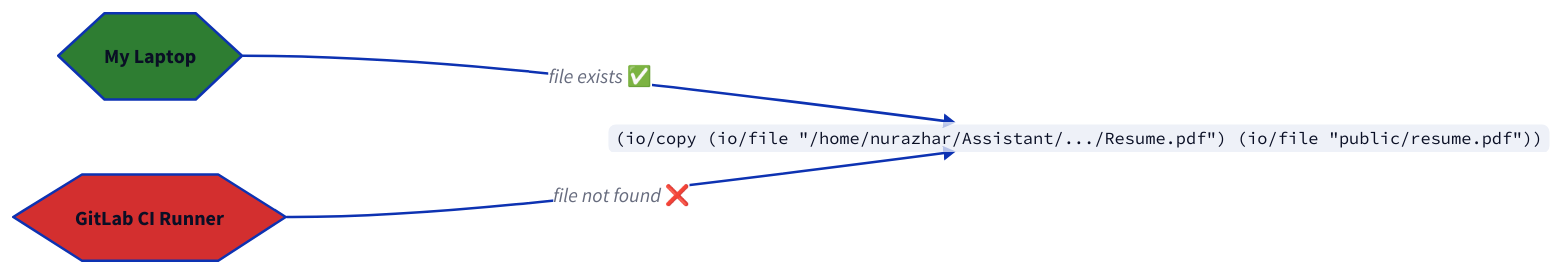
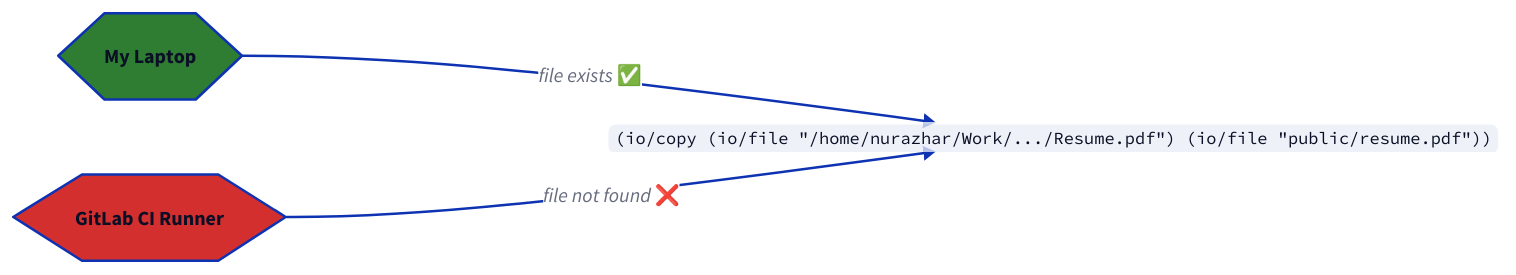
One commit to nurazhardotcom/blog.nurazhar.com changed the first of 8 diagrams in debugging-gitlab-pages-ci-cd-https-domain.md. Above: the diagram before and after it, drawn with D2. The commit also changed other lines of this file and 2 other files, not shown here.

Commit message:
docs: commit local working state (agent notes, g-force shift, gitlab pages debugging)

````diff
--- a/debugging-gitlab-pages-ci-cd-https-domain.md
+++ b/debugging-gitlab-pages-ci-cd-https-domain.md
@@ -21,22 +21,22 @@
 ```d2
 direction: right
 dev: dev.clj:235 {
   shape: code
   style.font: mono
   label: |md
-    `(io/copy (io/file "/home/nurazhar/Assistant/.../Resume.pdf")
+    `(io/copy (io/file "/home/nurazhar/Work/.../Resume.pdf")
               (io/file "public/resume.pdf"))`
   |
 }
 CI: GitLab CI Runner {
   shape: hexagon
   style.fill: "#d32f2f"
 }
 laptop: My Laptop {
   shape: hexagon
   style.fill: "#2e7d32"
 }
 
 laptop -> dev: file exists ✅
 CI -> dev: file not found ❌
 ```
````
